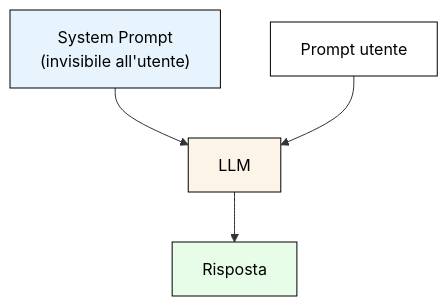
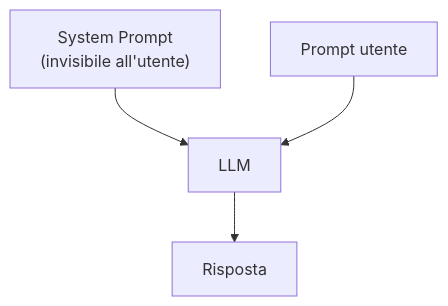
Before and after one commit to gdegani/its_slides_ai: the second of 2 diagrams in pages/slides_lezione2a.md, drawn with Mermaid. The commit also changed other lines of this file and 2 other files, not shown here.

````diff
--- a/pages/slides_lezione2a.md
+++ b/pages/slides_lezione2a.md
@@ -222,10 +216,6 @@
 ```mermaid
 flowchart TD
     A["System Prompt\n(invisibile all'utente)"] --> B["LLM"]
     C["Prompt utente"] --> B
     B --> D["Risposta"]
-    style A fill:#e8f4fd,stroke:#000,color:#000
-    style C fill:#fff,stroke:#000,color:#000
-    style B fill:#fdf4e8,stroke:#000,color:#000
-    style D fill:#e8fde8,stroke:#000,color:#000
 ```
````
